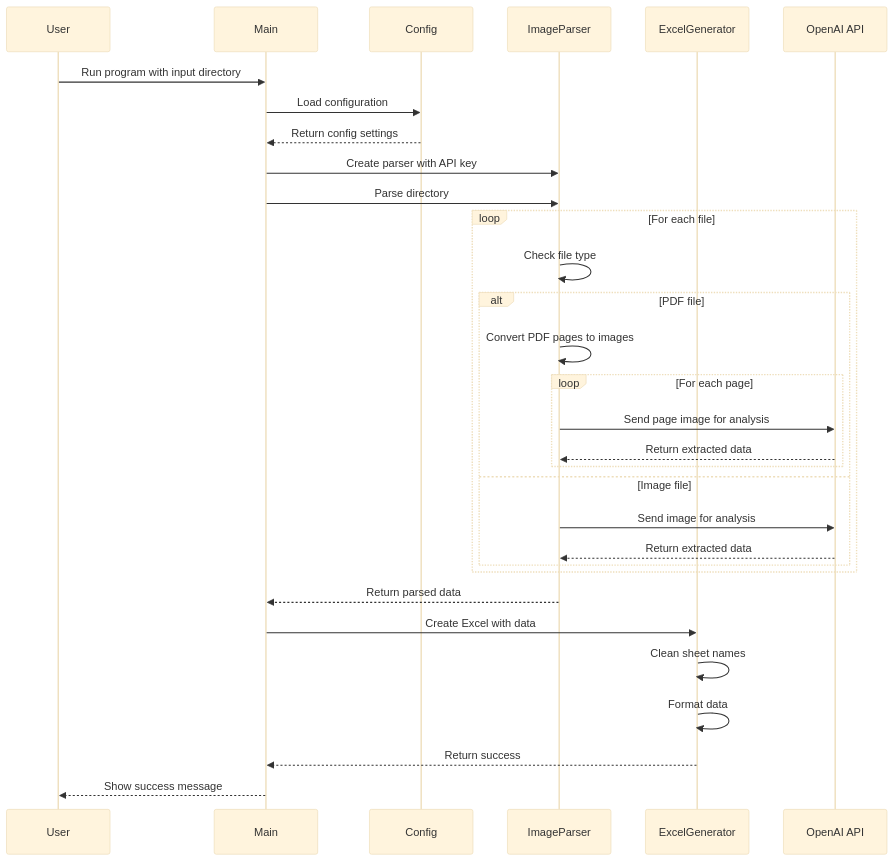
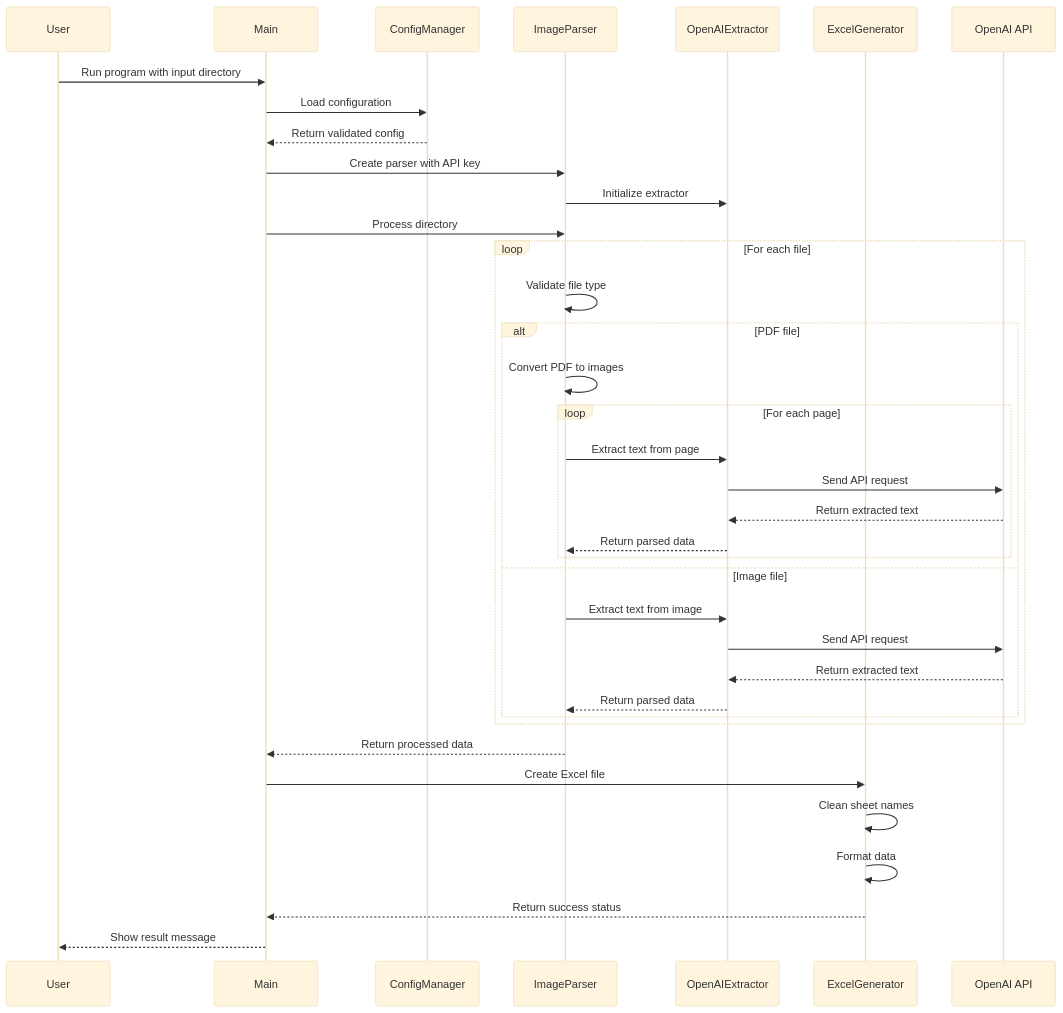
Before and after one commit to vallabhallm/image_to_excel: the second of 2 diagrams in README.md, drawn with Mermaid (base theme). The commit also changed other lines of this file and 20 other files, not shown here.

Commit message:
Fix image and PDF processing, improve test coverage, and fix Excel generation

````diff
--- a/README.md
+++ b/README.md
@@ -72,34 +115,43 @@
 ```mermaid
 sequenceDiagram
     participant User
     participant Main
-    participant Config
+    participant ConfigManager
     participant ImageParser
+    participant OpenAIExtractor
     participant ExcelGenerator
     participant OpenAI API
+
+    User->>Main: Run program with input directory
+    Main->>ConfigManager: Load configuration
+    ConfigManager-->>Main: Return validated config
     
-    User->>Main: Run program with input directory
-    Main->>Config: Load configuration
-    Config-->>Main: Return config settings
     Main->>ImageParser: Create parser with API key
-    Main->>ImageParser: Parse directory
+    ImageParser->>OpenAIExtractor: Initialize extractor
+    
+    Main->>ImageParser: Process directory
     loop For each file
-        ImageParser->>ImageParser: Check file type
+        ImageParser->>ImageParser: Validate file type
         alt PDF file
-            ImageParser->>ImageParser: Convert PDF pages to images
+            ImageParser->>ImageParser: Convert PDF to images
             loop For each page
-                ImageParser->>OpenAI API: Send page image for analysis
-                OpenAI API-->>ImageParser: Return extracted data
+                ImageParser->>OpenAIExtractor: Extract text from page
+                OpenAIExtractor->>OpenAI API: Send API request
+                OpenAI API-->>OpenAIExtractor: Return extracted text
+                OpenAIExtractor-->>ImageParser: Return parsed data
             end
         else Image file
-            ImageParser->>OpenAI API: Send image for analysis
-            OpenAI API-->>ImageParser: Return extracted data
+            ImageParser->>OpenAIExtractor: Extract text from image
+            OpenAIExtractor->>OpenAI API: Send API request
+            OpenAI API-->>OpenAIExtractor: Return extracted text
+            OpenAIExtractor-->>ImageParser: Return parsed data
         end
     end
-    ImageParser-->>Main: Return parsed data
-    Main->>ExcelGenerator: Create Excel with data
+    ImageParser-->>Main: Return processed data
+
+    Main->>ExcelGenerator: Create Excel file
     ExcelGenerator->>ExcelGenerator: Clean sheet names
     ExcelGenerator->>ExcelGenerator: Format data
-    ExcelGenerator-->>Main: Return success
-    Main-->>User: Show success message
+    ExcelGenerator-->>Main: Return success status
+    Main-->>User: Show result message
 ```
````
